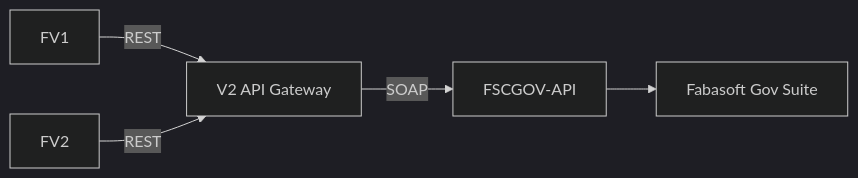
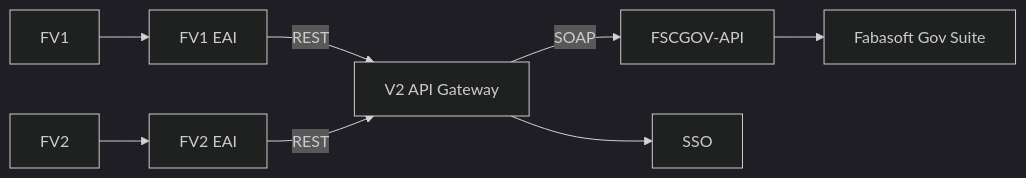
The diagram in docs/v2/arc42/03_context_and_scope.md (it-at-m/eakte-schnittstelle), drawn with Mermaid (dark theme) before and after one commit. The commit also changed 1 other file, not shown here.

Commit message:
chore(docs): implement review feedback

````diff
--- a/docs/v2/arc42/03_context_and_scope.md
+++ b/docs/v2/arc42/03_context_and_scope.md
@@ -7,6 +7,7 @@
 ```mermaid
 flowchart LR
-    FV1 -->|REST| v2
-    FV2 -->|REST| v2
+    FV1 --> FV1E[FV1 EAI] -->|REST| v2
+    FV2 --> FV2E[FV2 EAI] -->|REST| v2
     v2[V2 API Gateway] --> |SOAP| fsc[FSCGOV-API] --> dms[Fabasoft Gov Suite]
+    v2 --> SSO
 ```
````
